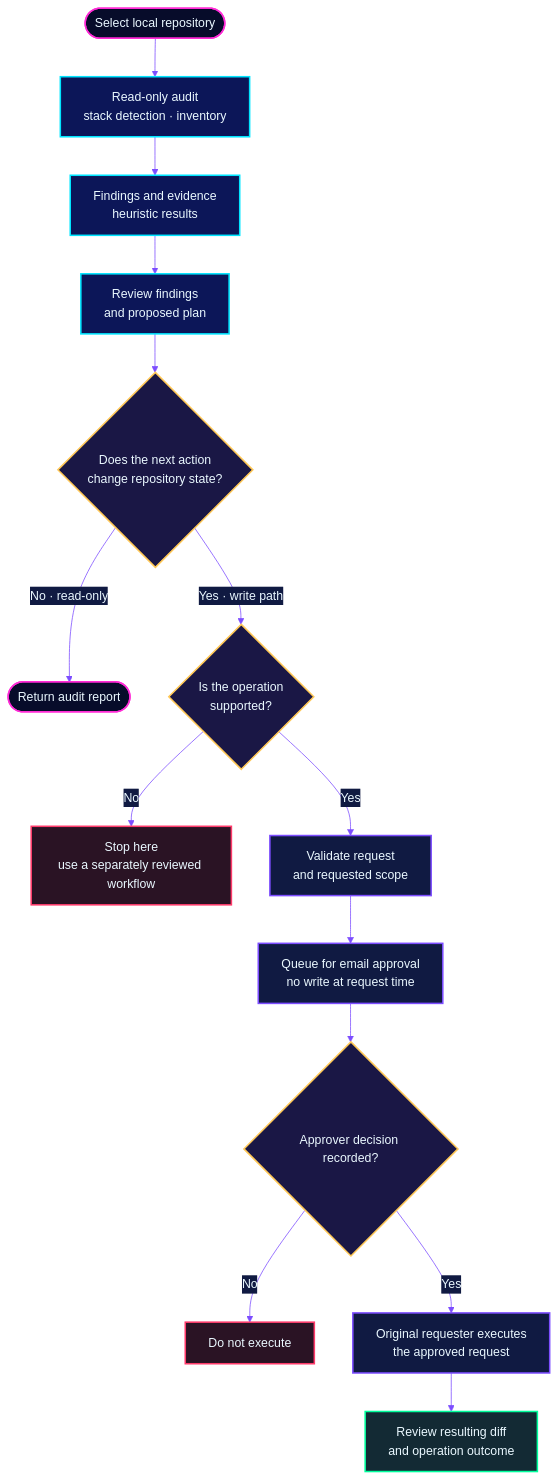
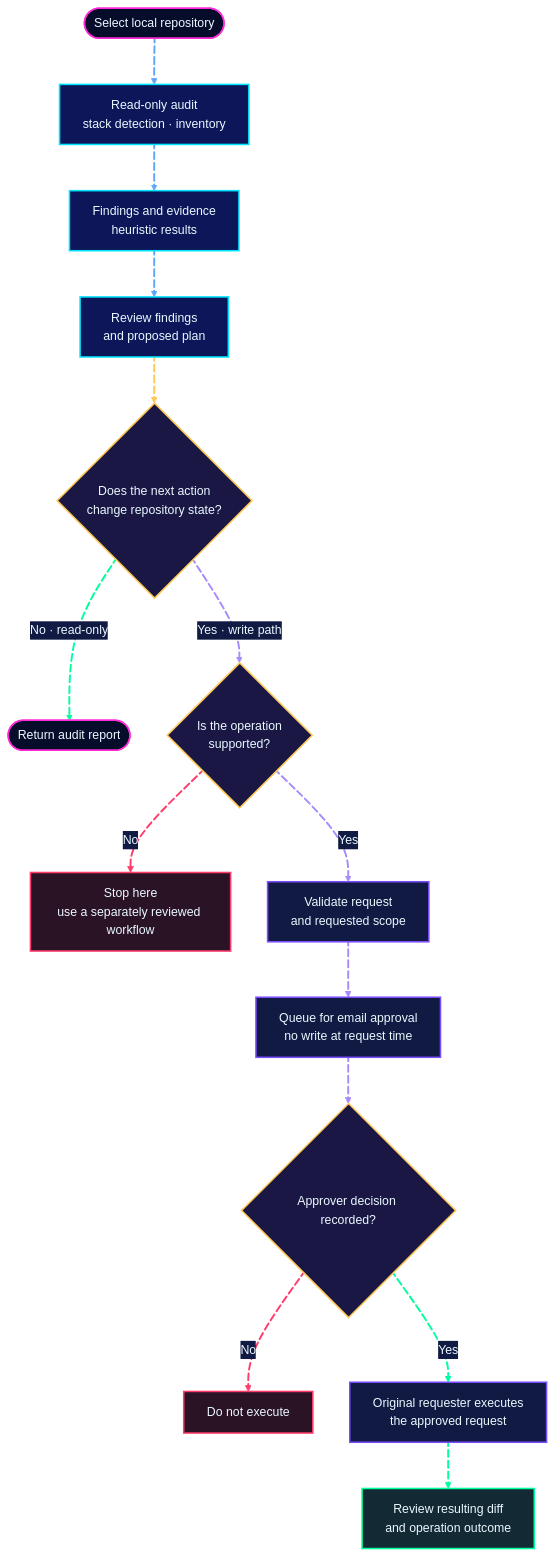
One commit to shajeduzzamanenan992008inc/OMEGA-GUARDIAN-X-Universal changed the second of 5 diagrams in README.md. Above: the diagram before and after it, drawn with Mermaid. The commit also changed other lines of this file and 2 other files, not shown here.

````diff
--- a/README.md
+++ b/README.md
@@ -258,32 +270,59 @@
 ```mermaid
-%%{init: {"theme": "base", "themeVariables": {"background": "#070C2A", "primaryColor": "#0C1658", "primaryTextColor": "#EAF8FF", "primaryBorderColor": "#00E5FF", "lineColor": "#7C4DFF", "secondaryColor": "#101A42", "tertiaryColor": "#070C2A", "clusterBkg": "#070C2A", "clusterBorder": "#7C4DFF", "edgeLabelBackground": "#101A42", "fontFamily": "Segoe UI, Arial, sans-serif"}}}%%
+%%{init: {"theme": "base", "themeVariables": {"background": "#070C2A", "primaryColor": "#0C1658", "primaryTextColor": "#EAF8FF", "primaryBorderColor": "#00E5FF", "lineColor": "#7C4DFF", "secondaryColor": "#101A42", "tertiaryColor": "#070C2A", "clusterBkg": "#070C2A", "clusterBorder": "#7C4DFF", "edgeLabelBackground": "#101A42", "fontFamily": "Segoe UI, Arial, sans-serif"},"flowchart":{"curve":"basis","htmlLabels":true,"nodeSpacing":48,"rankSpacing":60}}}%%
 flowchart TD
     START(["Select local repository"])
-    START --> AUDIT["Read-only audit<br/>stack detection · inventory"]
-    AUDIT --> FINDINGS["Findings and evidence<br/>heuristic results"]
-    FINDINGS --> PLAN["Review findings<br/>and proposed plan"]
-    PLAN --> WRITE{"Does the next action<br/>change repository state?"}
+    START e01@--> AUDIT["Read-only audit<br/>stack detection · inventory"]
+    AUDIT e02@--> FINDINGS["Findings and evidence<br/>heuristic results"]
+    FINDINGS e03@--> PLAN["Review findings<br/>and proposed plan"]
+    PLAN e04@--> WRITE{"Does the next action<br/>change repository state?"}
 
-    WRITE -->|"No · read-only"| REPORT(["Return audit report"])
-    WRITE -->|"Yes · write path"| SUPPORTED{"Is the operation<br/>supported?"}
-    SUPPORTED -->|"No"| MANUAL["Stop here<br/>use a separately reviewed workflow"]
-    SUPPORTED -->|"Yes"| VALIDATE["Validate request<br/>and requested scope"]
-    VALIDATE --> QUEUE["Queue for email approval<br/>no write at request time"]
-    QUEUE --> DECISION{"Approver decision recorded?"}
-    DECISION -->|"No"| HOLD["Do not execute"]
-    DECISION -->|"Yes"| EXEC["Original requester executes<br/>the approved request"]
-    EXEC --> REVIEW["Review resulting diff<br/>and operation outcome"]
+    WRITE e05@-->|"No · read-only"| REPORT(["Return audit report"])
+    WRITE e06@-->|"Yes · write path"| SUPPORTED{"Is the operation<br/>supported?"}
+    SUPPORTED e07@-->|"No"| MANUAL["Stop here<br/>use a separately reviewed workflow"]
+    SUPPORTED e08@-->|"Yes"| VALIDATE["Validate request<br/>and requested scope"]
+    VALIDATE e09@--> QUEUE["Queue for email approval<br/>no write at request time"]
+    QUEUE e10@--> DECISION{"Approver decision recorded?"}
+    DECISION e11@-->|"No"| HOLD["Do not execute"]
+    DECISION e12@-->|"Yes"| EXEC["Original requester executes<br/>the approved request"]
+    EXEC e13@--> REVIEW["Review resulting diff<br/>and operation outcome"]
 
     classDef entry fill:#070C2A,stroke:#FF2BD6,stroke-width:2px,color:#EAF8FF
     classDef audit fill:#0C1658,stroke:#00E5FF,stroke-width:2px,color:#EAF8FF
     classDef decision fill:#1A1745,stroke:#FFC857,stroke-width:2px,color:#EAF8FF
     classDef approval fill:#101A42,stroke:#7C4DFF,stroke-width:2px,color:#EAF8FF
     classDef success fill:#132A34,stroke:#00FF9D,stroke-width:2px,color:#EAF8FF
     classDef blocked fill:#2A1324,stroke:#FF3B6B,stroke-width:2px,color:#EAF8FF
     class START,REPORT entry
     class AUDIT,FINDINGS,PLAN audit
     class WRITE,SUPPORTED,DECISION decision
     class VALIDATE,QUEUE,EXEC approval
     class REVIEW success
     class MANUAL,HOLD blocked
+
+    classDef flowCyan stroke:#00E5FF,stroke-width:2.5px,stroke-dasharray:9\,5
+    classDef flowBlue stroke:#60A5FA,stroke-width:2.5px,stroke-dasharray:9\,5
+    classDef flowViolet stroke:#A78BFA,stroke-width:2.5px,stroke-dasharray:8\,5
+    classDef flowGreen stroke:#00FF9D,stroke-width:2.5px,stroke-dasharray:9\,5
+    classDef flowAmber stroke:#FFC857,stroke-width:2.5px,stroke-dasharray:8\,5
+    classDef flowRed stroke:#FF3B6B,stroke-width:2.5px,stroke-dasharray:7\,5
+
+    class e01,e02,e03 flowBlue
+    class e06,e08,e09,e10 flowViolet
+    class e05,e12,e13 flowGreen
+    class e04 flowAmber
+    class e07,e11 flowRed
+
+    e01@{ animation: fast }
+    e02@{ animation: fast }
+    e03@{ animation: fast }
+    e04@{ animation: slow }
+    e05@{ animation: fast }
+    e06@{ animation: fast }
+    e07@{ animation: slow }
+    e08@{ animation: fast }
+    e09@{ animation: fast }
+    e10@{ animation: fast }
+    e11@{ animation: slow }
+    e12@{ animation: fast }
+    e13@{ animation: fast }
 ```
````
